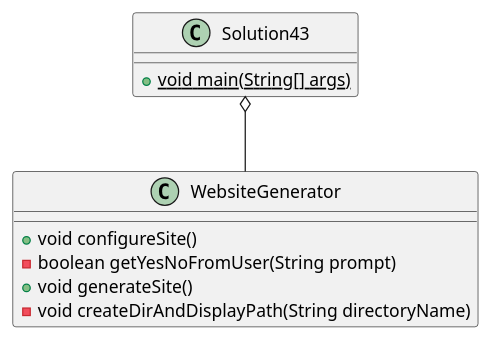
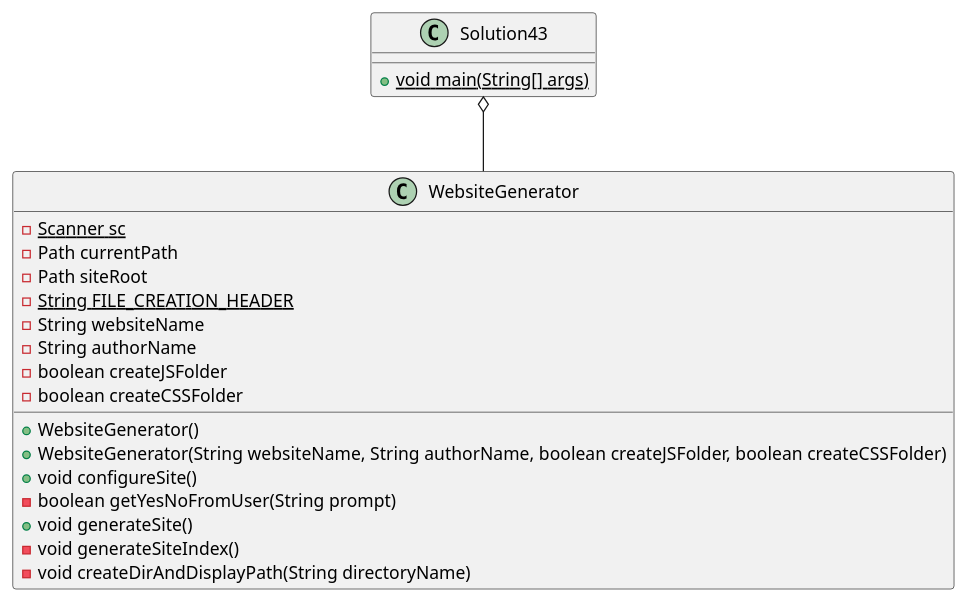
The diagram in exercise43/docs/class_diagram.puml (ethandrzb/thomas-a04), drawn with PlantUML before and after one commit. The commit also changed 2 other files, not shown here.

Commit message:
Updated UML diagram Added constructors to WebsiteGenerator for testing

```diff
--- a/exercise43/docs/class_diagram.puml
+++ b/exercise43/docs/class_diagram.puml
@@ -1,19 +1,31 @@
 @startuml
 'https://plantuml.com/class-diagram
 
 class Solution43
 {
     +{static} void main(String[] args)
 }
 
 class WebsiteGenerator
 {
+    -{static} Scanner sc
+    -Path currentPath
+    -Path siteRoot
+    -{static} String FILE_CREATION_HEADER
+    -String websiteName
+    -String authorName
+    -boolean createJSFolder
+    -boolean createCSSFolder
+
+    +WebsiteGenerator()
+    +WebsiteGenerator(String websiteName, String authorName, boolean createJSFolder, boolean createCSSFolder)
     +void configureSite()
     -boolean getYesNoFromUser(String prompt)
     +void generateSite()
+    -void generateSiteIndex()
     -void createDirAndDisplayPath(String directoryName)
 }
 
 Solution43 o-- WebsiteGenerator
 
 @enduml
```
